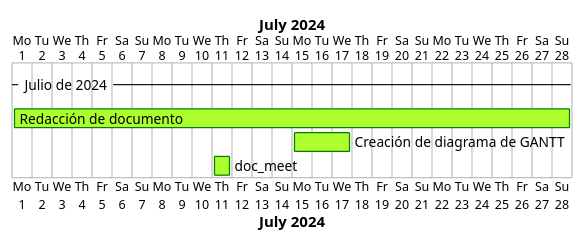
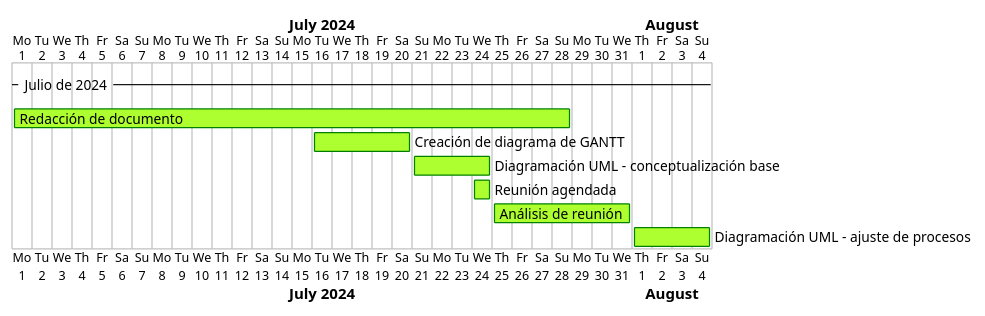
Before and after one commit to JuanVicGT/Responsabilidades: the diagram in docs/Gantts/Jul - 2024.plantuml, drawn with PlantUML. The commit also changed 12 other files, not shown here.

```diff
--- a/docs/Gantts/Jul - 2024.plantuml
+++ b/docs/Gantts/Jul - 2024.plantuml
@@ -1,27 +1,35 @@
 @startgantt "July - 2024"
 
 project starts the 2024/07/01
 
 <style>
 ganttDiagram {
     task {
         BackGroundColor GreenYellow
         LineColor Green
         unstarted {
             BackGroundColor Fuchsia
             LineColor FireBrick
         }
     }
 }
 </style>
 
 -- Julio de 2024 --
 [Redacción de documento] as [doc] requires 28 days
-[Creación de diagrama de GANTT] as [doc_gantt] requires 3 days
+[Creación de diagrama de GANTT] as [doc_gantt] requires 5 days
+[doc_gantt] starts 2024-07-16
 
-[doc_gantt] starts 2024-07-15
-[doc_meet] starts 2024-07-11
+[Diagramación UML - conceptualización base] as [uml_1] requires 4 days
+[uml_1] starts 2024-07-21
 
 [Reunión agendada] as [doc_meet] requires 1 days
+[doc_meet] starts 2024-07-24
+
+[Análisis de reunión] as [rev_doc] requires 7 days
+[rev_doc] starts 2024-07-25
+
+[Diagramación UML - ajuste de procesos] as [uml_2] requires 4 days
+[uml_2] starts 2024-08-1
 
 @endgantt
```
